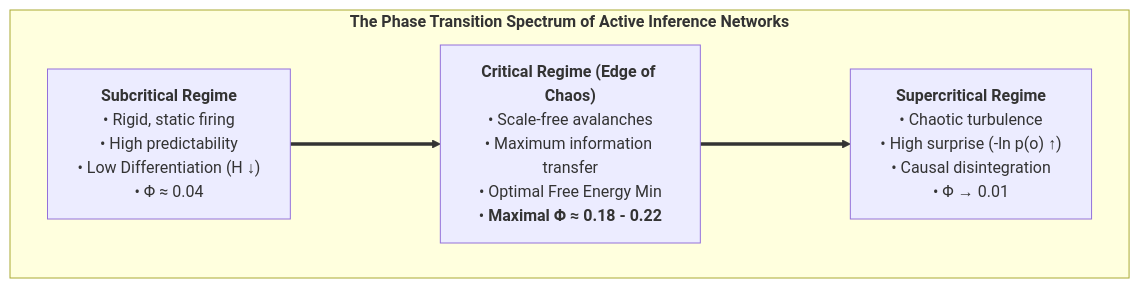
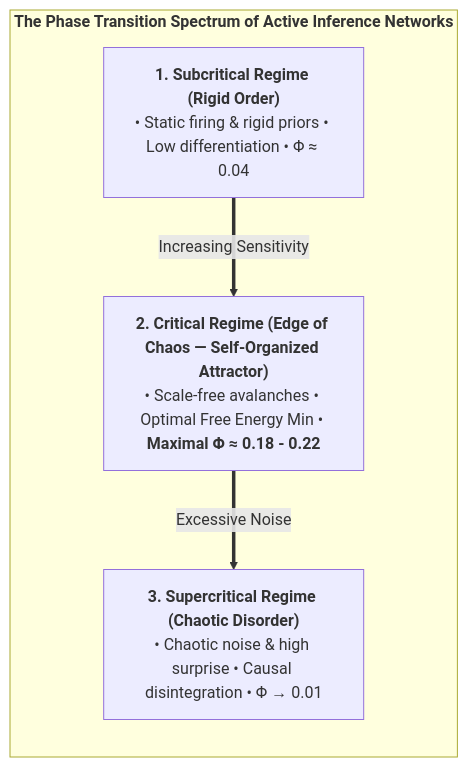
One commit to Thriebl/active-inference-phi-network changed the second of 2 diagrams in book/manuscript_en/04_fundamental_bridge_master_equivalence.md. Above: the diagram before and after it, drawn with Mermaid. The commit also changed other lines of this file and 20 other files, not shown here.

Commit message:
Remove BTW line from dedication and optimize all Mermaid flowcharts for unified readable font size and layout

````diff
--- a/book/manuscript_en/04_fundamental_bridge_master_equivalence.md
+++ b/book/manuscript_en/04_fundamental_bridge_master_equivalence.md
@@ -92,14 +88,14 @@
 ```mermaid
-flowchart LR
+flowchart TD
     subgraph CRITICALITY_SPECTRUM["<b>The Phase Transition Spectrum of Active Inference Networks</b>"]
-        direction LR
+        direction TB
         
-        SUBCRITICAL["<b>Subcritical Regime</b><br>• Rigid, static firing<br>• High predictability<br>• Low Differentiation (H ↓)<br>• Φ ≈ 0.04"]
+        SUBCRITICAL["<b>1. Subcritical Regime (Rigid Order)</b><br>• Static firing & rigid priors • Low differentiation • Φ ≈ 0.04"]
         
-        CRITICAL["<b>Critical Regime (Edge of Chaos)</b><br>• Scale-free avalanches<br>• Maximum information transfer<br>• Optimal Free Energy Min<br>• <b>Maximal Φ ≈ 0.18 - 0.22</b>"]
+        CRITICAL["<b>2. Critical Regime (Edge of Chaos — Self-Organized Attractor)</b><br>• Scale-free avalanches • Optimal Free Energy Min • <b>Maximal Φ ≈ 0.18 - 0.22</b>"]
         
-        SUPERCRITICAL["<b>Supercritical Regime</b><br>• Chaotic turbulence<br>• High surprise (-ln p(o) ↑)<br>• Causal disintegration<br>• Φ → 0.01"]
+        SUPERCRITICAL["<b>3. Supercritical Regime (Chaotic Disorder)</b><br>• Chaotic noise & high surprise • Causal disintegration • Φ → 0.01"]
         
-        SUBCRITICAL ===> CRITICAL ===> SUPERCRITICAL
+        SUBCRITICAL ==>|"Increasing Sensitivity"| CRITICAL ==>|"Excessive Noise"| SUPERCRITICAL
     end
 ```
````
